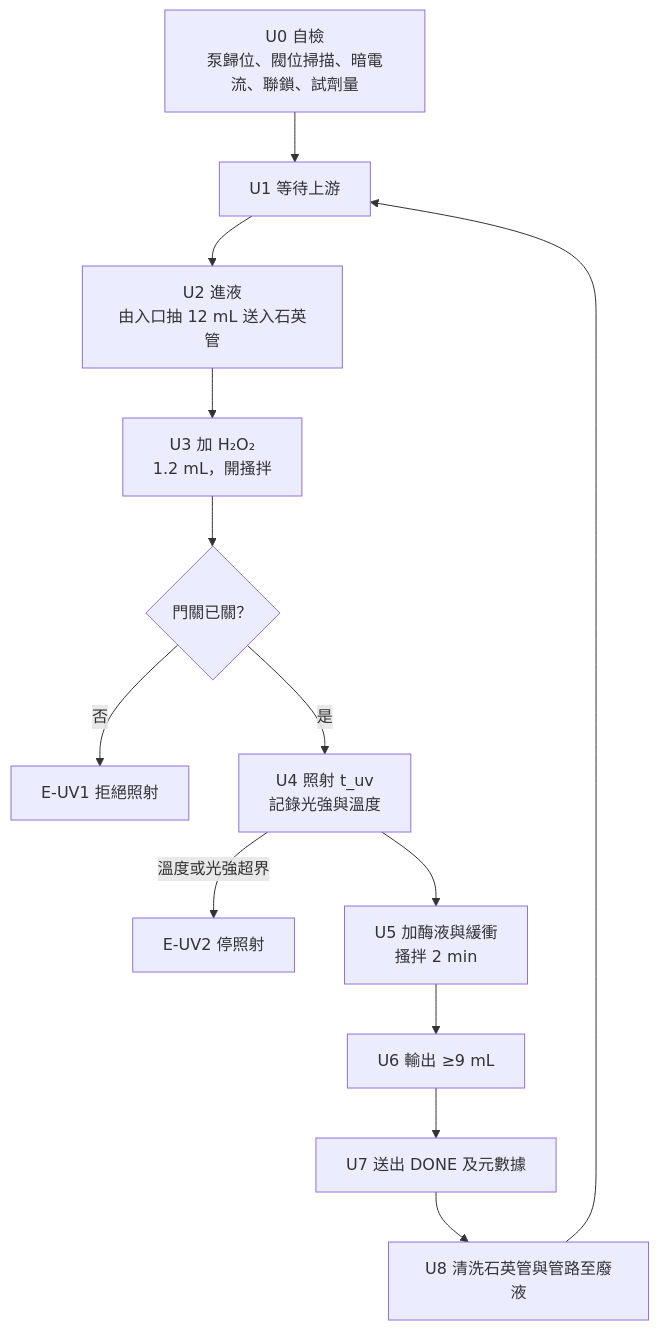
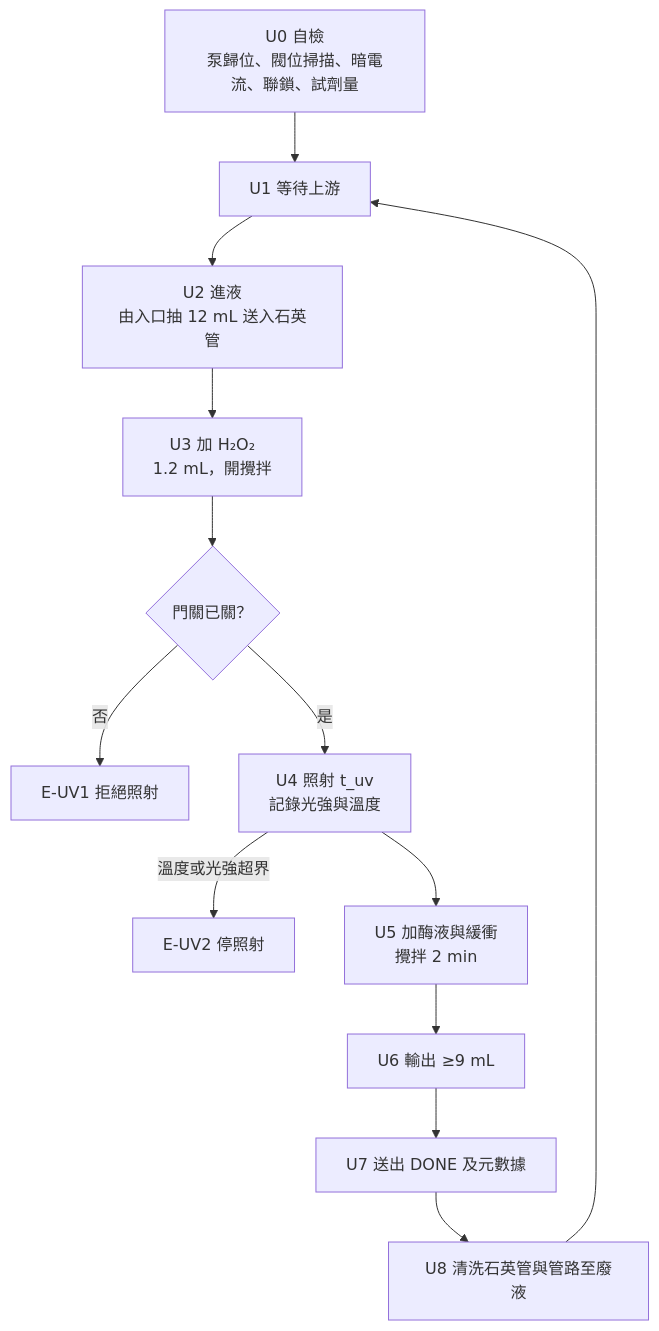
The third of 3 diagrams in docs/02-uv-aop-module.md (davidlueng986-alt/igem-mercury-extraction-platform), drawn with Mermaid before and after one commit. The commit also changed other lines of this file and 2 other files, not shown here.

````diff
--- a/docs/02-uv-aop-module.md
+++ b/docs/02-uv-aop-module.md
@@ -179,15 +179,15 @@
 ```mermaid
 flowchart TD
   A[U0 自檢<br/>泵歸位、閥位掃描、暗電流、聯鎖、試劑量] --> B[U1 等待上游]
   B --> C[U2 進液<br/>由入口抽 12 mL 送入石英管]
-  C --> D[U3 加 H₂O₂<br/>1.2 mL，開搔拌]
+  C --> D[U3 加 H₂O₂<br/>1.2 mL，開攪拌]
   D --> E{門關已關？}
   E -->|否| X1[E-UV1 拒絕照射]
   E -->|是| F[U4 照射 t_uv<br/>記錄光強與溫度]
   F -->|溫度或光強超界| X2[E-UV2 停照射]
-  F --> G[U5 加酶液與緩衝<br/>搔拌 2 min]
+  F --> G[U5 加酶液與緩衝<br/>攪拌 2 min]
   G --> H[U6 輸出 ≥9 mL]
   H --> I[U7 送出 DONE 及元數據]
   I --> J[U8 清洗石英管與管路至廢液]
   J --> B
 ```
````
